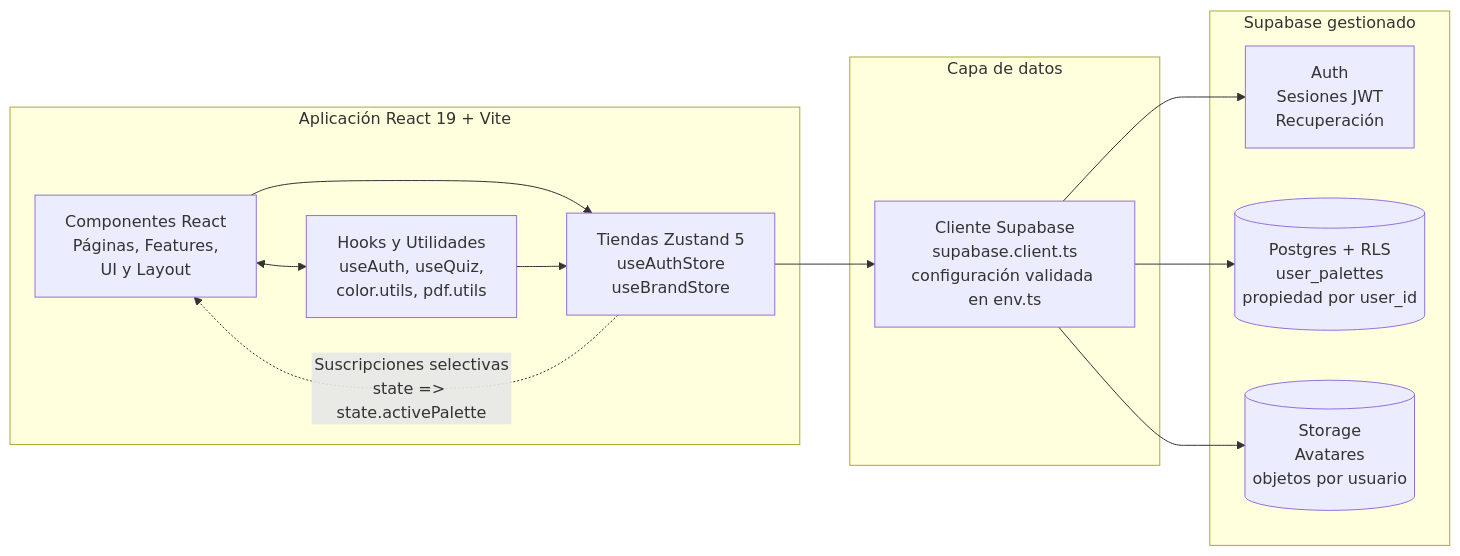
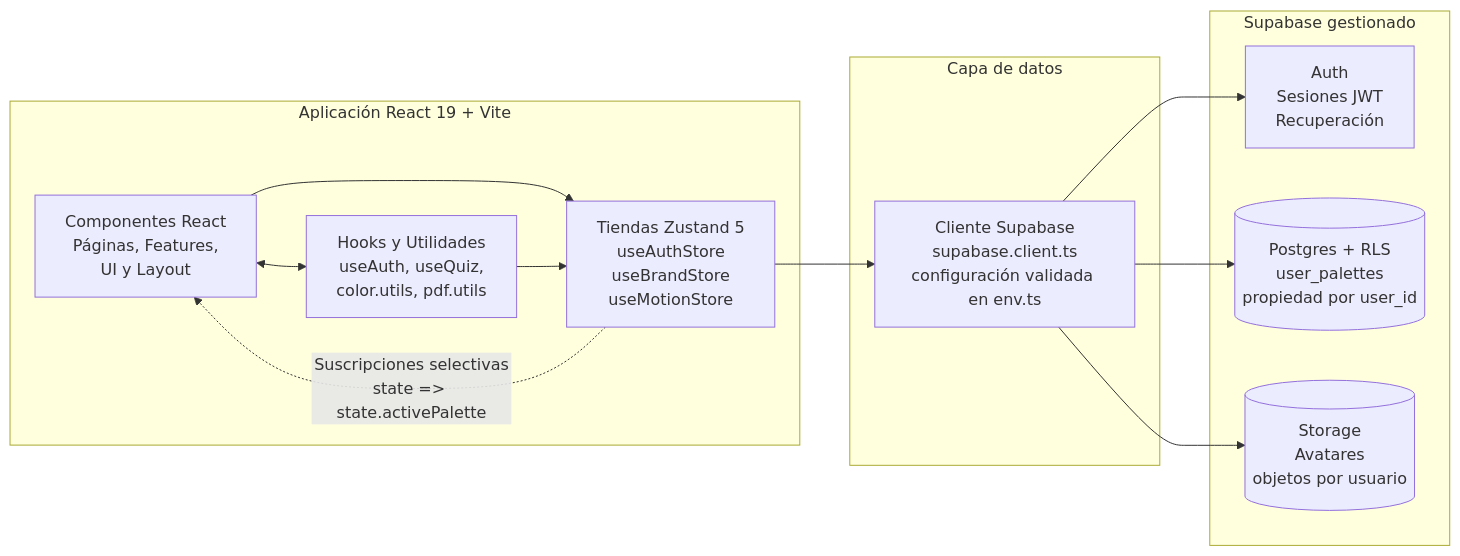
The second of 2 diagrams in README.md (ErikLujan/chromaforge), drawn with Mermaid before and after one commit. The commit also changed other lines of this file and 64 other files, not shown here.

````diff
--- a/README.md
+++ b/README.md
@@ -126,28 +129,28 @@
 ```mermaid
 flowchart LR
     subgraph Cliente["Aplicación React 19 + Vite"]
         UI["Componentes React<br/>Páginas, Features,<br/>UI y Layout"]
         Hooks["Hooks y Utilidades<br/>useAuth, useQuiz,<br/>color.utils, pdf.utils"]
-        Store["Tiendas Zustand 5<br/>useAuthStore<br/>useBrandStore"]
+        Store["Tiendas Zustand 5<br/>useAuthStore<br/>useBrandStore<br/>useMotionStore"]
         UI <--> Hooks
         UI --> Store
         Hooks --> Store
     end
 
     subgraph Datos["Capa de datos"]
         Client["Cliente Supabase<br/>supabase.client.ts<br/>configuración validada en env.ts"]
         Store --> Client
     end
 
     subgraph Backend["Supabase gestionado"]
         Auth["Auth<br/>Sesiones JWT<br/>Recuperación"]
         DB[("Postgres + RLS<br/>user_palettes<br/>propiedad por user_id")]
         Storage[("Storage<br/>Avatares<br/>objetos por usuario")]
     end
 
     Client --> Auth
     Client --> DB
     Client --> Storage
 
     Store -.->|"Suscripciones selectivas<br/>state => state.activePalette"| UI
 ```
````
